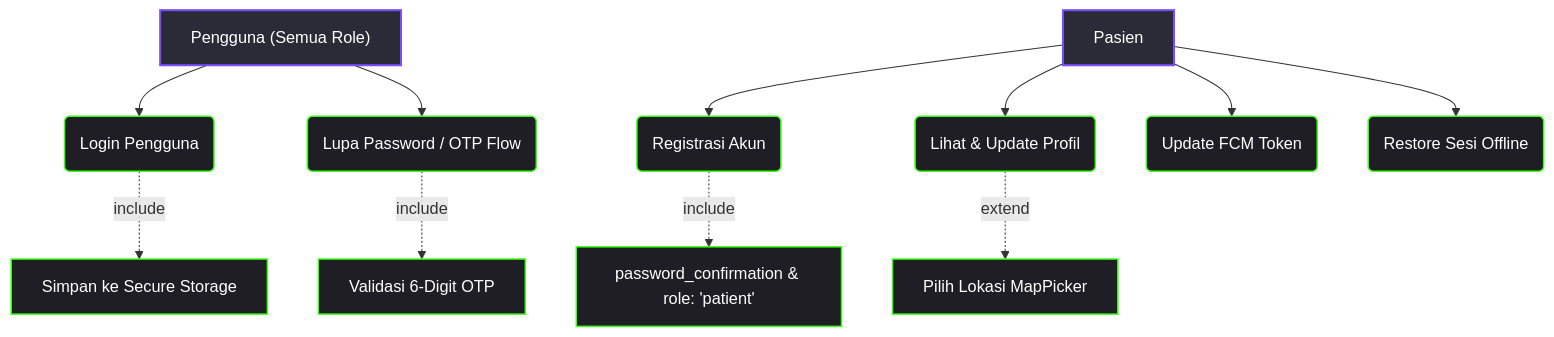
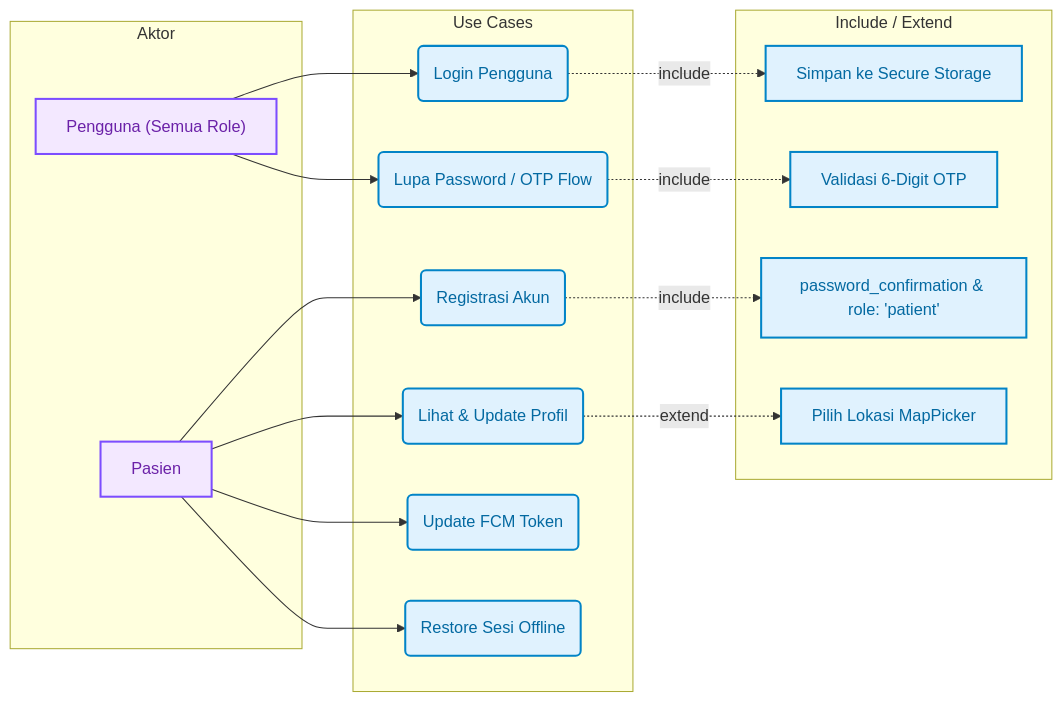
Before and after one commit to Rezi14/NalaSeva-Mobile-Test: the second of 6 diagrams in dokumentasi/USECASE_DIAGRAM.md, drawn with Mermaid. The commit also changed other lines of this file and 1 other file, not shown here.

````diff
--- a/dokumentasi/USECASE_DIAGRAM.md
+++ b/dokumentasi/USECASE_DIAGRAM.md
@@ -100,18 +101,40 @@
 ```mermaid
-flowchart TD
-  classDef actorStyle fill:#2a2b36,stroke:#7c4dff,stroke-width:2px,color:#fff;
-  classDef usecaseStyle fill:#1e1e24,stroke:#39ff14,stroke-width:1.5px,color:#fff;
+flowchart LR
+  classDef actorStyle fill:#f3e8ff,stroke:#7c4dff,stroke-width:2px,color:#6b21a8;
+  classDef usecaseStyle fill:#e0f2fe,stroke:#0284c7,stroke-width:2px,color:#0369a1;
 
-  User["Pengguna (Semua Role)"]:::actorStyle --> UC_Login(Login Pengguna):::usecaseStyle
-  User --> UC_OTP(Lupa Password / OTP Flow):::usecaseStyle
-  Pasien[Pasien]:::actorStyle --> UC_Reg(Registrasi Akun):::usecaseStyle
-  
-  Pasien --> UC_Profile(Lihat & Update Profil):::usecaseStyle
-  Pasien --> UC_FCM(Update FCM Token):::usecaseStyle
-  Pasien --> UC_Offline(Restore Sesi Offline):::usecaseStyle
+  subgraph Actors [Aktor]
+    User["Pengguna (Semua Role)"]:::actorStyle
+    Pasien[Pasien]:::actorStyle
+  end
 
-  UC_Reg -.->|include| UC_Conf["password_confirmation & role: 'patient'"]:::usecaseStyle
-  UC_Login -.->|include| UC_SaveToken[Simpan ke Secure Storage]:::usecaseStyle
-  UC_OTP -.->|include| UC_VerifyOTP[Validasi 6-Digit OTP]:::usecaseStyle
-  UC_Profile -.->|extend| UC_Map[Pilih Lokasi MapPicker]:::usecaseStyle
+  subgraph UseCases [Use Cases]
+    UC_Login(Login Pengguna):::usecaseStyle
+    UC_OTP(Lupa Password / OTP Flow):::usecaseStyle
+    UC_Reg(Registrasi Akun):::usecaseStyle
+    UC_Profile(Lihat & Update Profil):::usecaseStyle
+    UC_FCM(Update FCM Token):::usecaseStyle
+    UC_Offline(Restore Sesi Offline):::usecaseStyle
+  end
+
+  subgraph Details [Include / Extend]
+    UC_Conf["password_confirmation & role: 'patient'"]:::usecaseStyle
+    UC_SaveToken[Simpan ke Secure Storage]:::usecaseStyle
+    UC_VerifyOTP[Validasi 6-Digit OTP]:::usecaseStyle
+    UC_Map[Pilih Lokasi MapPicker]:::usecaseStyle
+  end
+
+  %% Actor Connections
+  User --> UC_Login
+  User --> UC_OTP
+  Pasien --> UC_Reg
+  Pasien --> UC_Profile
+  Pasien --> UC_FCM
+  Pasien --> UC_Offline
+
+  %% Relations
+  UC_Reg -.->|include| UC_Conf
+  UC_Login -.->|include| UC_SaveToken
+  UC_OTP -.->|include| UC_VerifyOTP
+  UC_Profile -.->|extend| UC_Map
 ```
````
